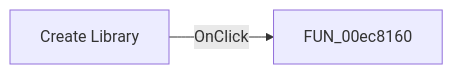
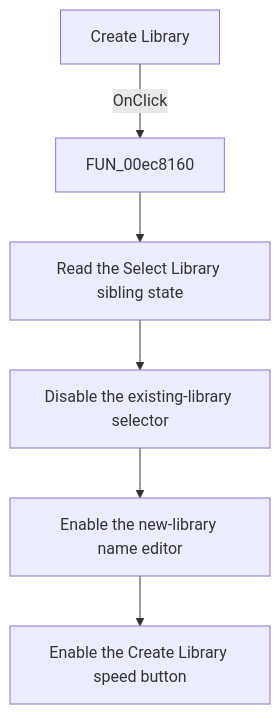
One commit to MovGP0/TIARA changed the diagram in docs/ui-controls/pcbform4/rbtncreatelibrary-81d71f88ea.md. Above: the diagram before and after it, drawn with Mermaid. The commit also changed other lines of this file and 1062 other files, not shown here.

````diff
--- a/docs/ui-controls/pcbform4/rbtncreatelibrary-81d71f88ea.md
+++ b/docs/ui-controls/pcbform4/rbtncreatelibrary-81d71f88ea.md
@@ -27,4 +29,8 @@
 ```mermaid
-flowchart LR
+flowchart TD
     control["Create Library"] -->|OnClick| handler["FUN_00ec8160"]
+    handler --> sibling["Read the Select Library sibling state"]
+    sibling --> selector["Disable the existing-library selector"]
+    selector --> editor["Enable the new-library name editor"]
+    editor --> create["Enable the Create Library speed button"]
 ```
````
